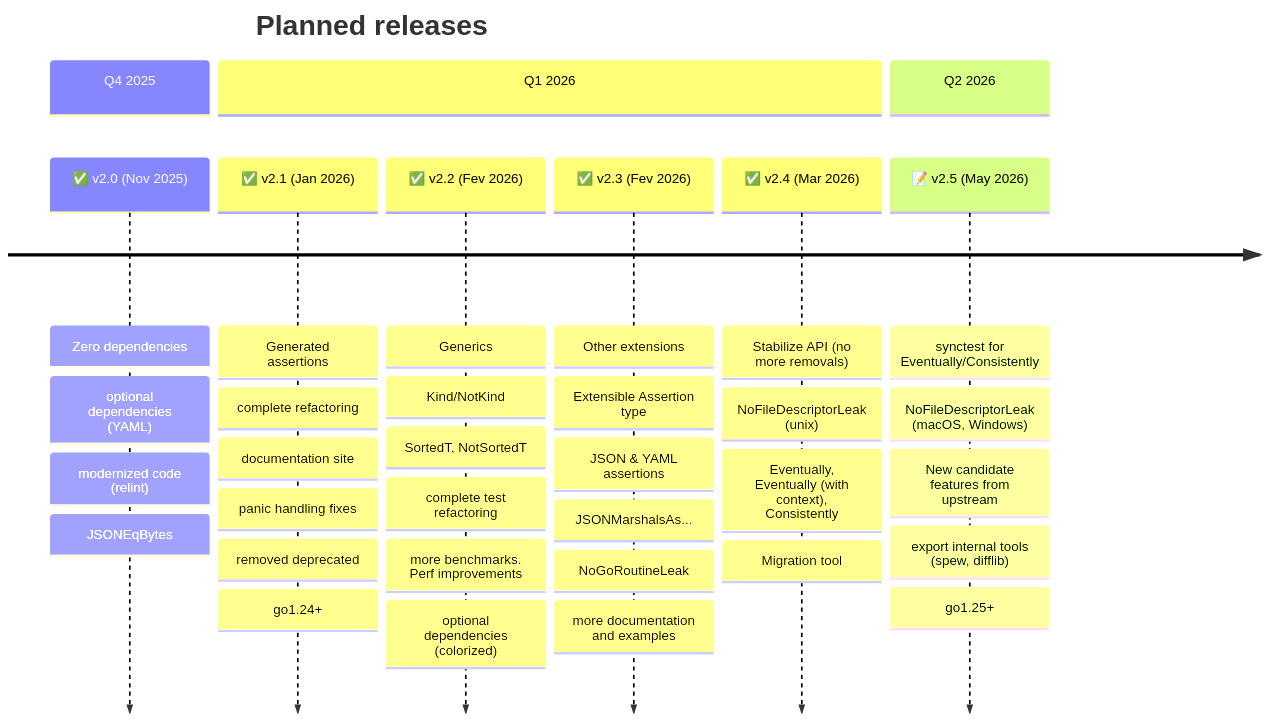
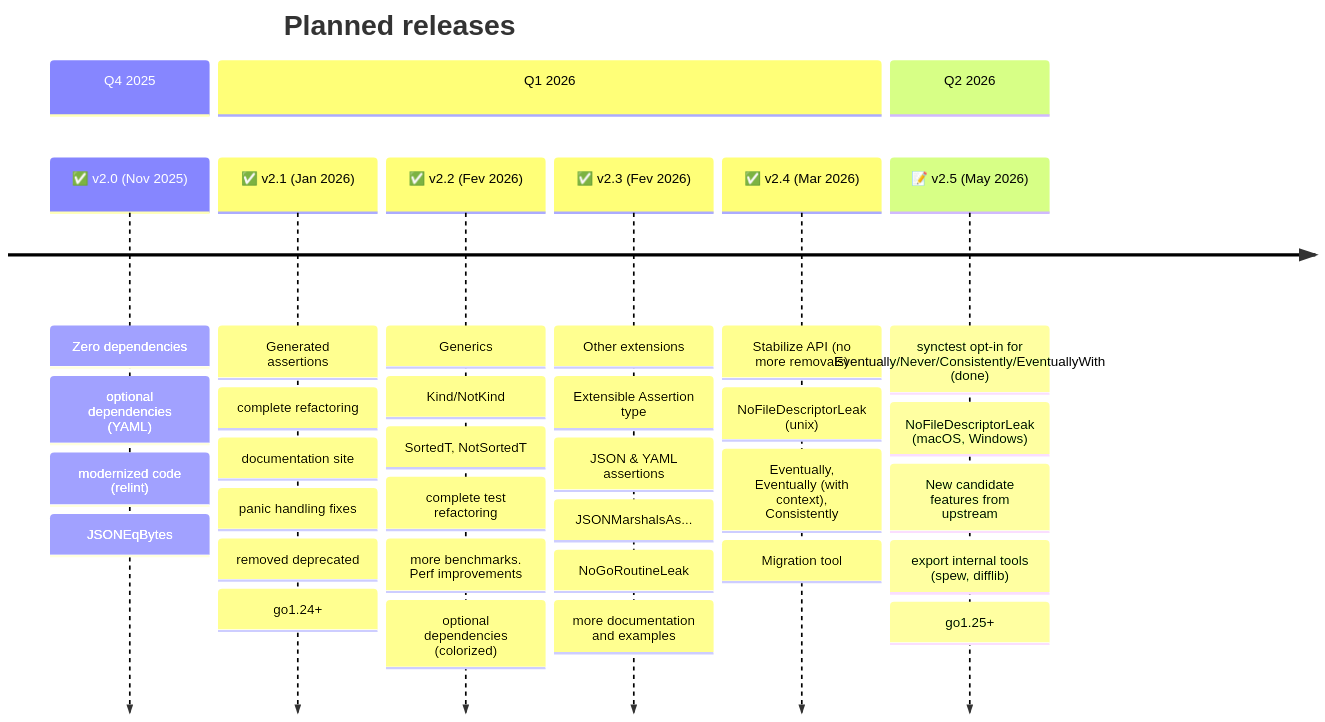
One commit to go-openapi/testify changed the diagram in docs/doc-site/project/maintainers/ROADMAP.md. Above: the diagram before and after it, drawn with Mermaid. The commit also changed 23 other files, not shown here.

```diff
--- a/docs/doc-site/project/maintainers/ROADMAP.md
+++ b/docs/doc-site/project/maintainers/ROADMAP.md
@@ -9,37 +9,37 @@
 {{< mermaid align="center" zoom="true" >}}
 timeline
     title Planned releases
     section Q4 2025
     ✅ v2.0 (Nov 2025) : Zero dependencies
                     : optional dependencies (YAML)
                     : modernized code (relint)
                     : JSONEqBytes
     section Q1 2026
     ✅ v2.1 (Jan 2026) : Generated assertions
                     : complete refactoring
                     : documentation site
                     : panic handling fixes
                     : removed deprecated
                     : go1.24+
     ✅ v2.2 (Fev 2026) : Generics
                     : Kind/NotKind
                     : SortedT, NotSortedT
                     : complete test refactoring
                     : more benchmarks. Perf improvements
                     : optional dependencies (colorized)
     ✅ v2.3 (Fev 2026) : Other extensions
                     : Extensible Assertion type
                     : JSON & YAML assertions: JSONMarshalsAs...
                     : NoGoRoutineLeak
                     : more documentation and examples
     ✅ v2.4 (Mar 2026) : Stabilize API (no more removals)
                     : NoFileDescriptorLeak (unix)
                     : Eventually, Eventually (with context), Consistently
                     : Migration tool
     section Q2 2026
-    📝 v2.5 (May 2026) : synctest for Eventually/Consistently
+    📝 v2.5 (May 2026) : synctest opt-in for Eventually/Never/Consistently/EventuallyWith (done)
                     : NoFileDescriptorLeak (macOS, Windows)
                     : New candidate features from upstream
                     : export internal tools (spew, difflib)
                     : go1.25+
 {{< /mermaid >}}
```
